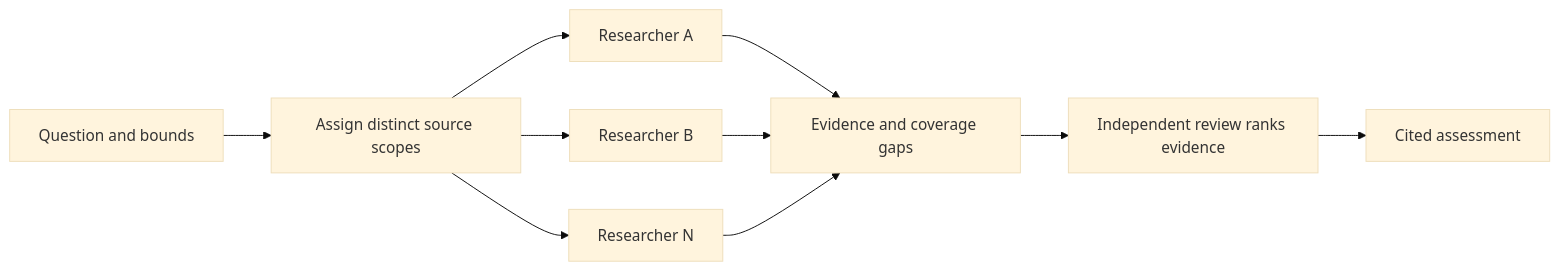
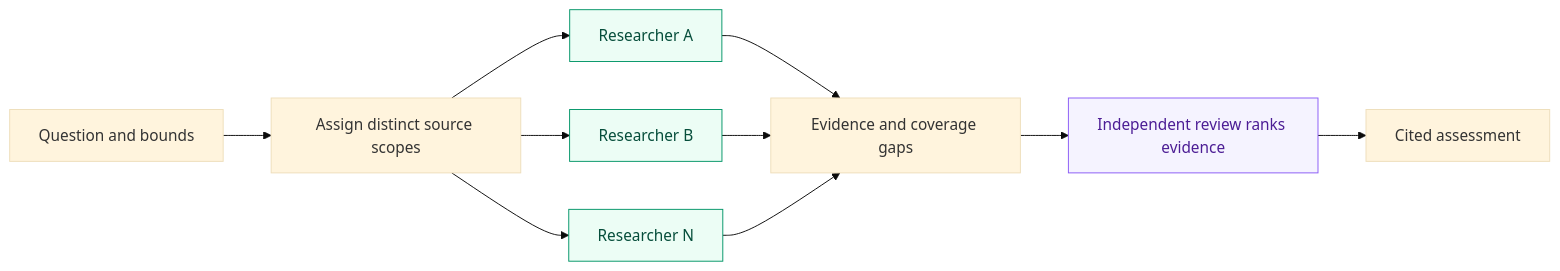
One commit to DanMcInerney/orchflows changed the diagram in example-workflows/social-search/README.md. Above: the diagram before and after it, drawn with Mermaid (base theme). The commit also changed other lines of this file and 178 other files, not shown here.

````diff
--- a/example-workflows/social-search/README.md
+++ b/example-workflows/social-search/README.md
@@ -33,12 +31,16 @@
 ```mermaid
 flowchart LR
     Q[Question and bounds] --> A[Assign distinct source scopes]
     A --> R1[Researcher A]
     A --> R2[Researcher B]
     A --> RN[Researcher N]
     R1 --> E[Evidence and coverage gaps]
     R2 --> E
     RN --> E
     E --> J[Independent review ranks evidence]
     J --> O[Cited assessment]
+    classDef work fill:#ecfdf5,stroke:#059669,color:#064e3b;
+    classDef review fill:#f5f3ff,stroke:#8b5cf6,color:#4c1d95;
+    class R1,R2,RN work;
+    class J review;
 ```
````
